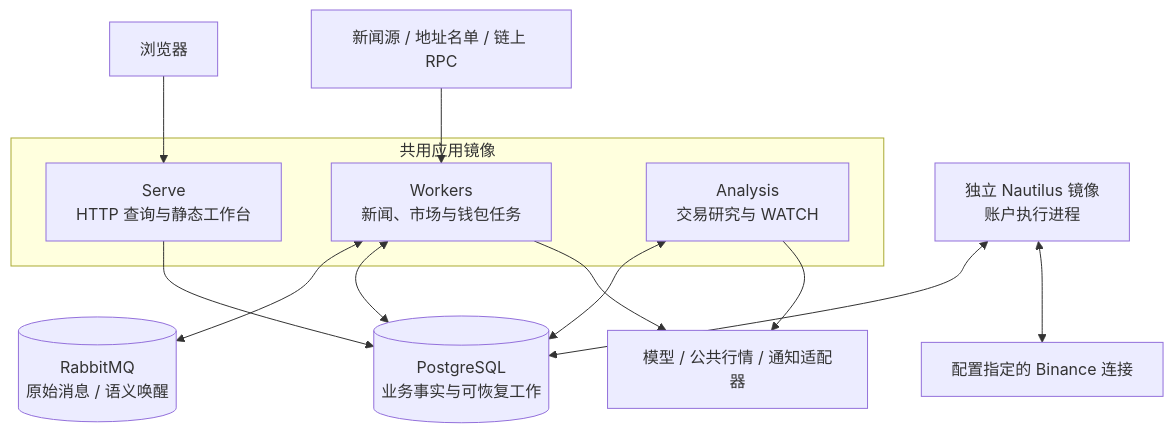
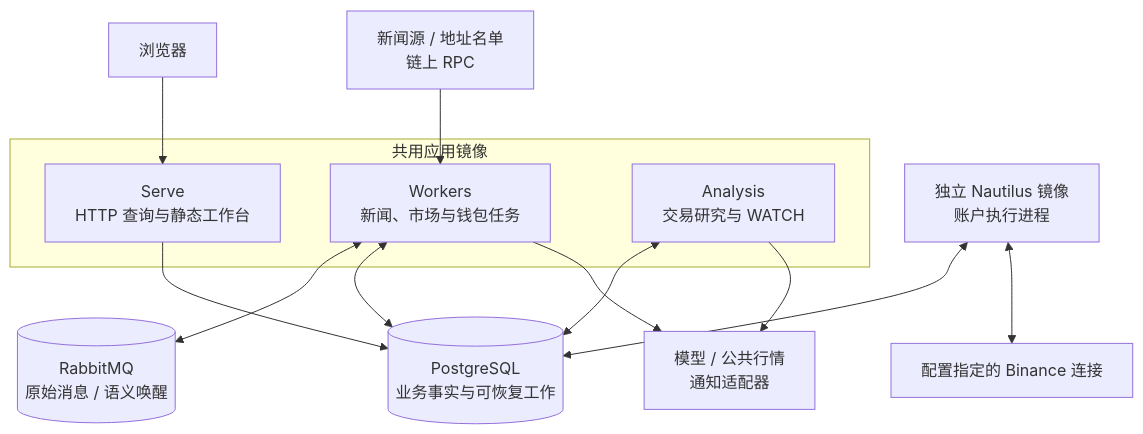
Before and after one commit to AnalyThothAI/tracefold: the first of 4 diagrams in docs/ARCHITECTURE.md, drawn with Mermaid. The commit also changed other lines of this file, not shown here.

Commit message:
docs: refine Chinese architecture diagram line breaks

````diff
--- a/docs/ARCHITECTURE.md
+++ b/docs/ARCHITECTURE.md
@@ -11,18 +11,18 @@
 ```mermaid
 flowchart TB
     Browser["浏览器"] --> Serve
-    Providers["新闻源 / 地址名单 / 链上 RPC"] --> Workers
+    Providers["新闻源 / 地址名单<br/>链上 RPC"] --> Workers
     subgraph Application["共用应用镜像"]
         Serve["Serve<br/>HTTP 查询与静态工作台"]
         Workers["Workers<br/>新闻、市场与钱包任务"]
         Analysis["Analysis<br/>交易研究与 WATCH"]
     end
     Workers <--> Broker[("RabbitMQ<br/>原始消息 / 语义唤醒")]
     Serve --> DB[("PostgreSQL<br/>业务事实与可恢复工作")]
     Workers <--> DB
     Analysis <--> DB
-    Workers --> Model["模型 / 公共行情 / 通知适配器"]
+    Workers --> Model["模型 / 公共行情<br/>通知适配器"]
     Analysis --> Model
     Runtime["独立 Nautilus 镜像<br/>账户执行进程"] <--> DB
     Runtime <--> Venue["配置指定的 Binance 连接"]
 ```
````
